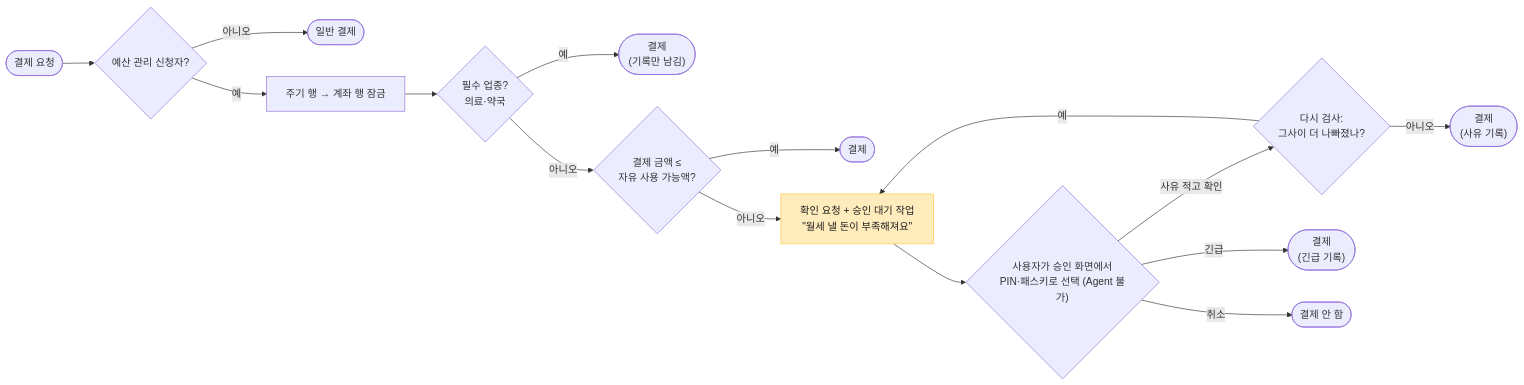
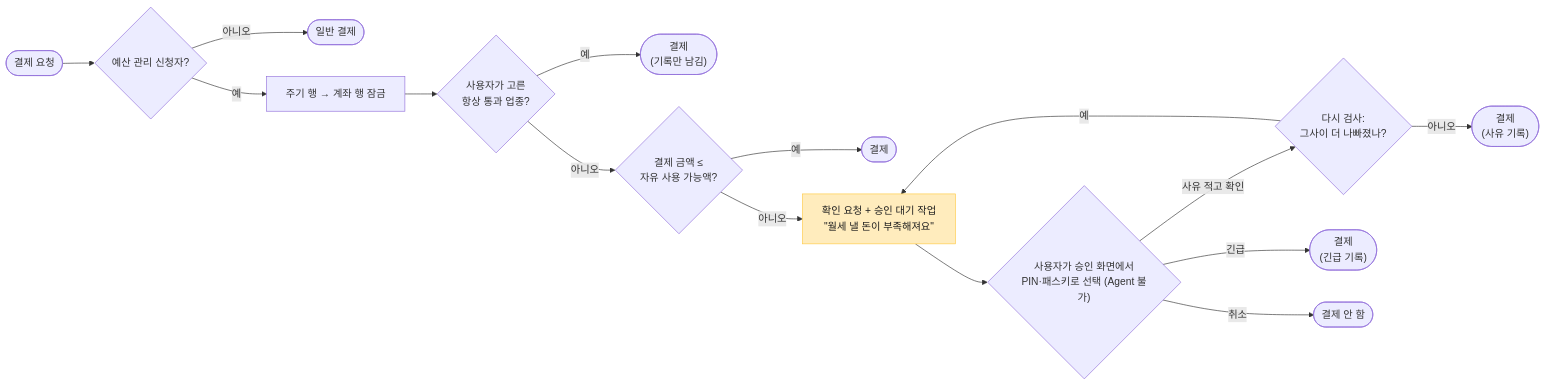
One commit to noviz-domino/avengers-bank-noviz changed the seventh of 8 diagrams in docs/planning/user-flows.md. Above: the diagram before and after it, drawn with Mermaid. The commit also changed 8 other files, not shown here.

````diff
--- a/docs/planning/user-flows.md
+++ b/docs/planning/user-flows.md
@@ -105,18 +105,18 @@
 ```mermaid
 flowchart LR
     A([결제 요청]) --> B{예산 관리 신청자?}
     B -- 아니오 --> P([일반 결제])
     B -- 예 --> L["주기 행 → 계좌 행 잠금"]
-    L --> C{필수 업종?<br/>의료·약국}
+    L --> C{"사용자가 고른<br/>항상 통과 업종?"}
     C -- 예 --> P2(["결제<br/>(기록만 남김)"])
     C -- 아니오 --> D{"결제 금액 ≤<br/>자유 사용 가능액?"}
     D -- 예 --> P3([결제])
     D -- 아니오 --> E["확인 요청 + 승인 대기 작업<br/>#quot;월세 낼 돈이 부족해져요#quot;"]:::ask
     E --> F{"사용자가 승인 화면에서<br/>PIN·패스키로 선택 (Agent 불가)"}
     F -- 사유 적고 확인 --> R{"다시 검사:<br/>그사이 더 나빠졌나?"}
     R -- 아니오 --> P4(["결제<br/>(사유 기록)"])
     R -- 예 --> E
     F -- 긴급 --> P5(["결제<br/>(긴급 기록)"])
     F -- 취소 --> X([결제 안 함])
     classDef ask fill:#FFECBD,stroke:#FFC943,color:#1E1E1E
 ```
````
